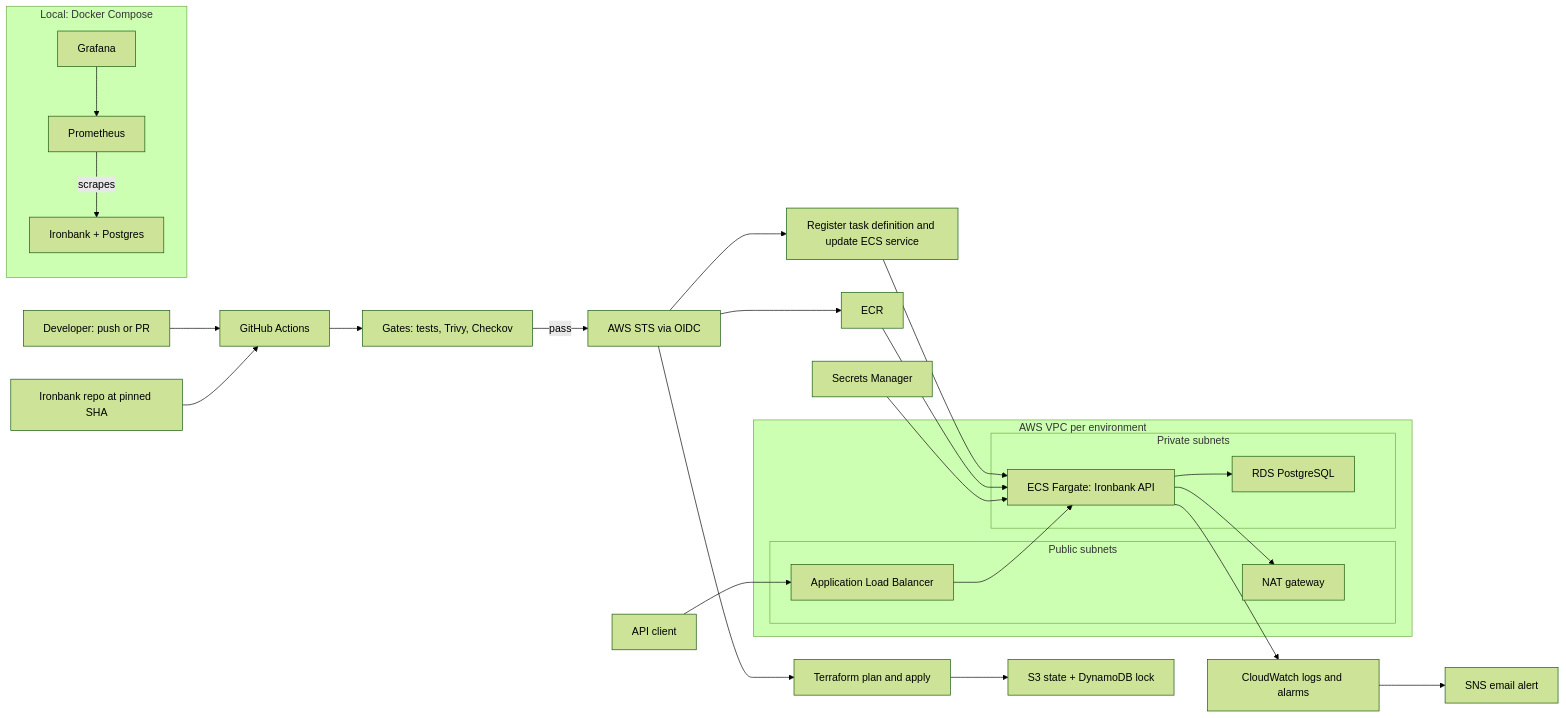
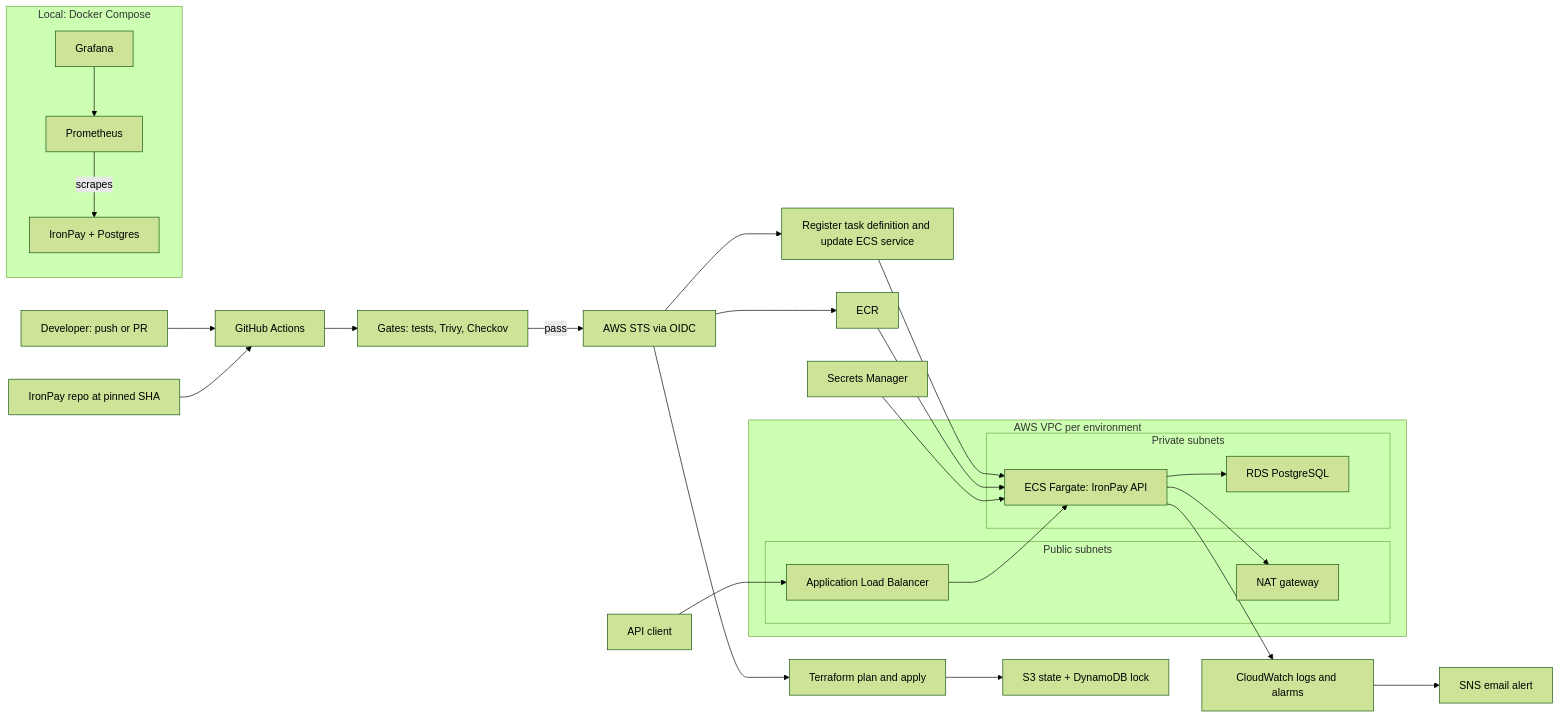
Before and after one commit to striderzz/CloudShip-DevOps: the diagram in README.md, drawn with Mermaid (forest theme). The commit also changed other lines of this file and 2 other files, not shown here.

````diff
--- a/README.md
+++ b/README.md
@@ -28,36 +28,36 @@
 ```mermaid
 flowchart LR
     DEV["Developer: push or PR"] --> GHA["GitHub Actions"]
-    IBREPO["Ironbank repo at pinned SHA"] --> GHA
+    IBREPO["IronPay repo at pinned SHA"] --> GHA
     GHA --> GATES["Gates: tests, Trivy, Checkov"]
     GATES -->|pass| STS["AWS STS via OIDC"]
     STS --> ECR["ECR"]
     STS --> TF["Terraform plan and apply"]
     TF --> STATE["S3 state + DynamoDB lock"]
     STS --> DEPLOY["Register task definition and update ECS service"]
 
     subgraph VPC["AWS VPC per environment"]
         subgraph PUB["Public subnets"]
             ALB["Application Load Balancer"]
             NAT["NAT gateway"]
         end
         subgraph PRIV["Private subnets"]
-            ECS["ECS Fargate: Ironbank API"]
+            ECS["ECS Fargate: IronPay API"]
             RDS["RDS PostgreSQL"]
         end
     end
 
     CLIENT["API client"] --> ALB --> ECS --> RDS
     DEPLOY --> ECS
     ECR --> ECS
     SM["Secrets Manager"] --> ECS
     ECS --> NAT
     ECS --> CW["CloudWatch logs and alarms"]
     CW --> SNS["SNS email alert"]
 
     subgraph LOCAL["Local: Docker Compose"]
-        LAPI["Ironbank + Postgres"]
+        LAPI["IronPay + Postgres"]
         PROM["Prometheus"] -->|scrapes| LAPI
         GRAF["Grafana"] --> PROM
     end
 ```
````
